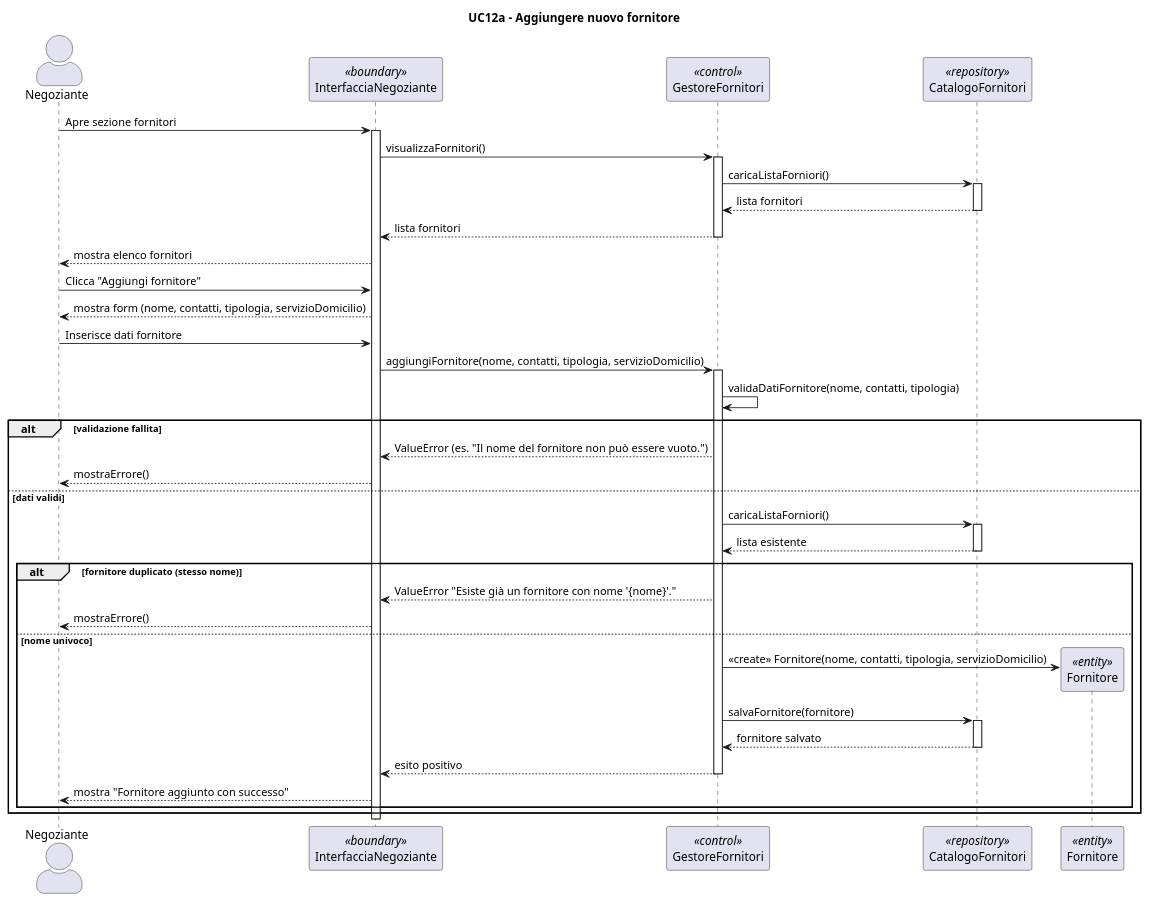
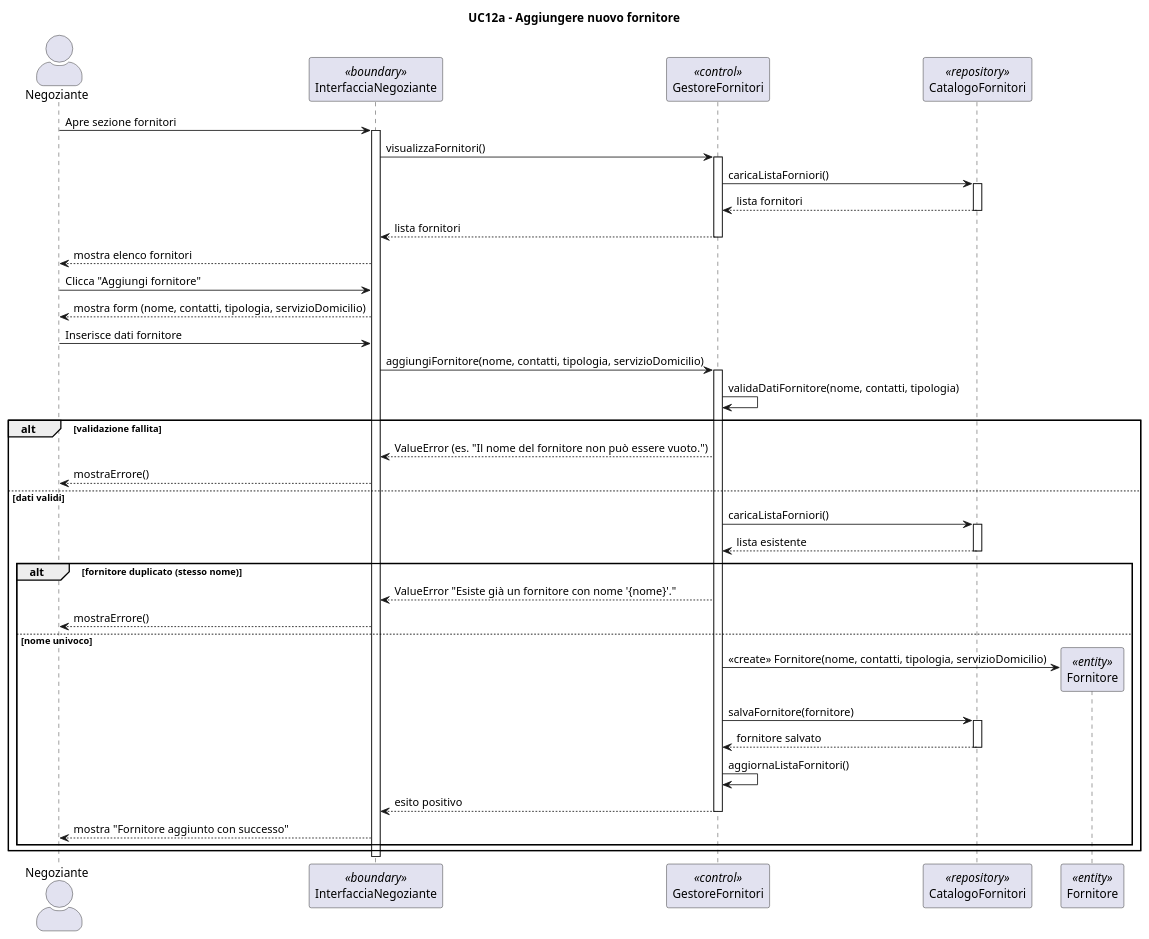
Before and after one commit to Samepsilon/FloWare: the diagram in diagrammiUML/diagrammi di sequenza/UC12a_Aggiungere_Nuovo_Fornitore.puml, drawn with PlantUML. The commit also changed 11 other files, not shown here.

```diff
--- a/diagrammiUML/diagrammi di sequenza/UC12a_Aggiungere_Nuovo_Fornitore.puml
+++ b/diagrammiUML/diagrammi di sequenza/UC12a_Aggiungere_Nuovo_Fornitore.puml
@@ -1,60 +1,61 @@
 @startuml
 title UC12a - Aggiungere nuovo fornitore
 skinparam actorStyle awesome
 
 actor "Negoziante" as N
 participant "InterfacciaNegoziante" as IN <<boundary>>
 participant "GestoreFornitori" as GF <<control>>
 participant "CatalogoFornitori" as CF <<repository>>
 participant "Fornitore" as F <<entity>>
 
 N -> IN: Apre sezione fornitori
 activate IN
 IN -> GF: visualizzaFornitori()
 activate GF
 GF -> CF: caricaListaForniori()
 activate CF
 CF --> GF: lista fornitori
 deactivate CF
 GF --> IN: lista fornitori
 deactivate GF
 IN --> N: mostra elenco fornitori
 
 N -> IN: Clicca "Aggiungi fornitore"
 IN --> N: mostra form (nome, contatti, tipologia, servizioDomicilio)
 
 N -> IN: Inserisce dati fornitore
 IN -> GF: aggiungiFornitore(nome, contatti, tipologia, servizioDomicilio)
 activate GF
 
 GF -> GF: validaDatiFornitore(nome, contatti, tipologia)
 
 alt validazione fallita
     GF --> IN: ValueError (es. "Il nome del fornitore non può essere vuoto.")
     IN --> N: mostraErrore()
 else dati validi
     GF -> CF: caricaListaForniori()
     activate CF
     CF --> GF: lista esistente
     deactivate CF
 
     alt fornitore duplicato (stesso nome)
         GF --> IN: ValueError "Esiste già un fornitore con nome '{nome}'."
         IN --> N: mostraErrore()
     else nome univoco
         create F
         GF -> F: <<create>> Fornitore(nome, contatti, tipologia, servizioDomicilio)
 
         GF -> CF: salvaFornitore(fornitore)
         activate CF
         CF --> GF: fornitore salvato
         deactivate CF
+        GF -> GF: aggiornaListaFornitori()
 
         GF --> IN: esito positivo
         deactivate GF
         IN --> N: mostra "Fornitore aggiunto con successo"
     end
 end
 
 deactivate IN
 @enduml
```
